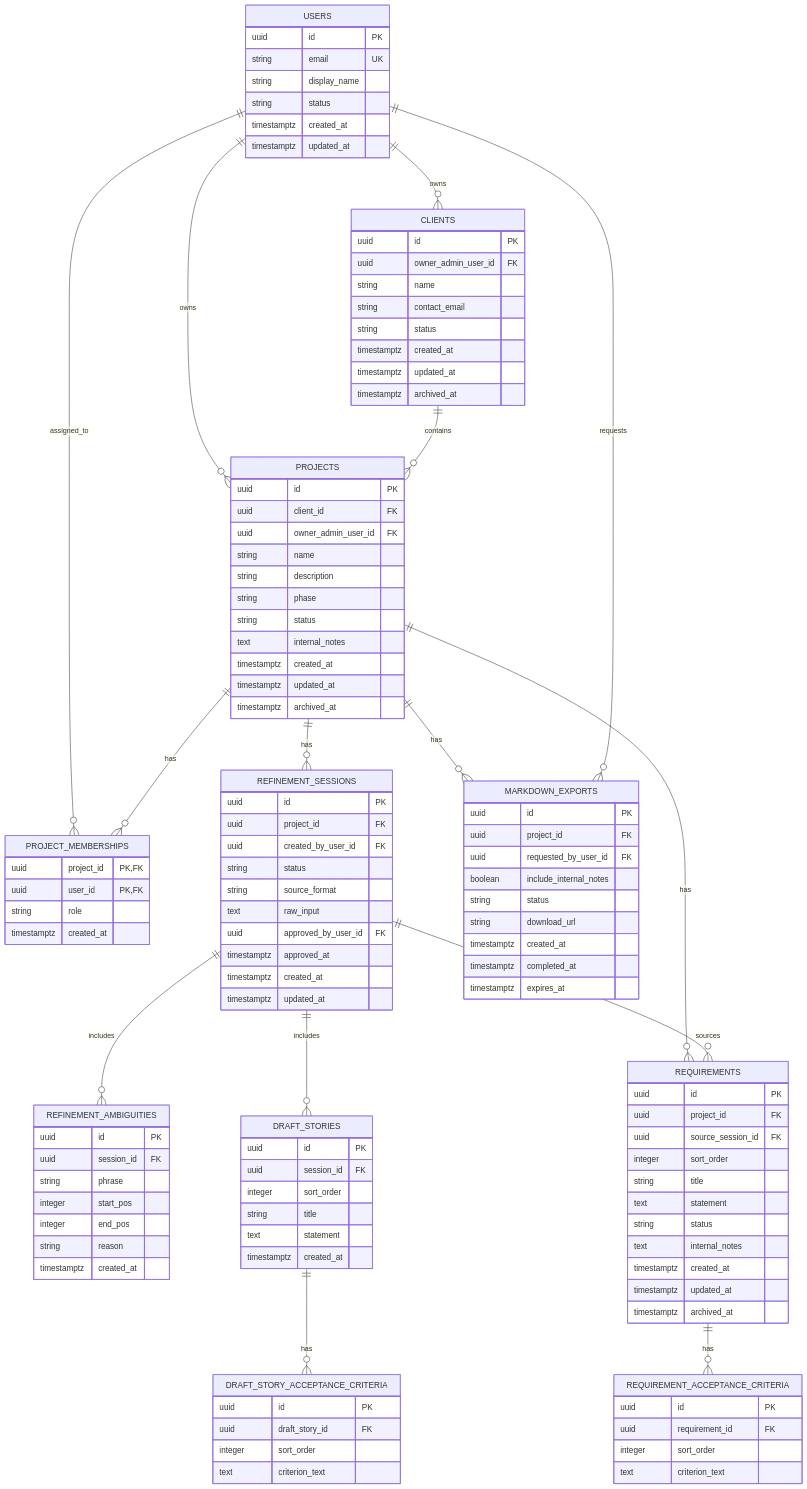
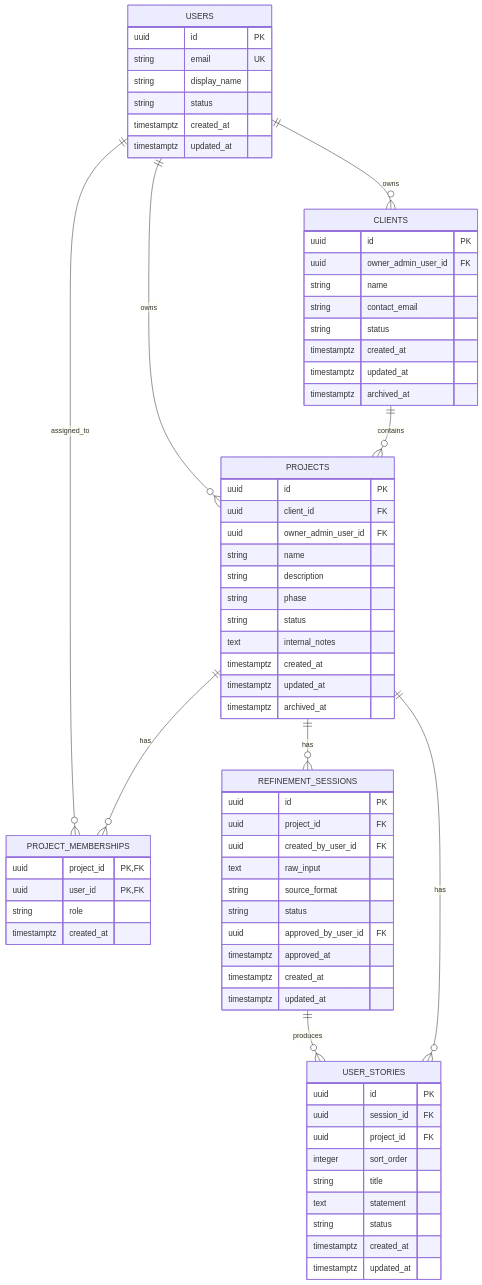
The diagram in docs/projects/open-project-hub/06-database/database-design.md (alonsovndev/open-projects-hub-docs), drawn with Mermaid before and after one commit. The commit also changed other lines of this file, not shown here.

````diff
--- a/docs/projects/open-project-hub/06-database/database-design.md
+++ b/docs/projects/open-project-hub/06-database/database-design.md
@@ -73,14 +57,8 @@
     PROJECTS ||--o{ PROJECT_MEMBERSHIPS : has
     CLIENTS ||--o{ PROJECTS : contains
     PROJECTS ||--o{ REFINEMENT_SESSIONS : has
-    REFINEMENT_SESSIONS ||--o{ REFINEMENT_AMBIGUITIES : includes
-    REFINEMENT_SESSIONS ||--o{ DRAFT_STORIES : includes
-    DRAFT_STORIES ||--o{ DRAFT_STORY_ACCEPTANCE_CRITERIA : has
-    PROJECTS ||--o{ REQUIREMENTS : has
-    REFINEMENT_SESSIONS ||--o{ REQUIREMENTS : sources
-    REQUIREMENTS ||--o{ REQUIREMENT_ACCEPTANCE_CRITERIA : has
-    PROJECTS ||--o{ MARKDOWN_EXPORTS : has
-    USERS ||--o{ MARKDOWN_EXPORTS : requests
+    REFINEMENT_SESSIONS ||--o{ USER_STORIES : produces
+    PROJECTS ||--o{ USER_STORIES : has
 
     USERS {
         uuid id PK
@@ -127,71 +105,24 @@
         uuid id PK
         uuid project_id FK
         uuid created_by_user_id FK
+        text raw_input
+        string source_format
         string status
-        string source_format
-        text raw_input
         uuid approved_by_user_id FK
         timestamptz approved_at
         timestamptz created_at
         timestamptz updated_at
     }
 
-    REFINEMENT_AMBIGUITIES {
+    USER_STORIES {
         uuid id PK
         uuid session_id FK
-        string phrase
-        integer start_pos
-        integer end_pos
-        string reason
-        timestamptz created_at
-    }
-
-    DRAFT_STORIES {
-        uuid id PK
-        uuid session_id FK
-        integer sort_order
-        string title
-        text statement
-        timestamptz created_at
-    }
-
-    DRAFT_STORY_ACCEPTANCE_CRITERIA {
-        uuid id PK
-        uuid draft_story_id FK
-        integer sort_order
-        text criterion_text
-    }
-
-    REQUIREMENTS {
-        uuid id PK
         uuid project_id FK
-        uuid source_session_id FK
         integer sort_order
         string title
         text statement
         string status
-        text internal_notes
         timestamptz created_at
         timestamptz updated_at
-        timestamptz archived_at
-    }
-
-    REQUIREMENT_ACCEPTANCE_CRITERIA {
-        uuid id PK
-        uuid requirement_id FK
-        integer sort_order
-        text criterion_text
-    }
-
-    MARKDOWN_EXPORTS {
-        uuid id PK
-        uuid project_id FK
-        uuid requested_by_user_id FK
-        boolean include_internal_notes
-        string status
-        string download_url
-        timestamptz created_at
-        timestamptz completed_at
-        timestamptz expires_at
     }
 ```
````
